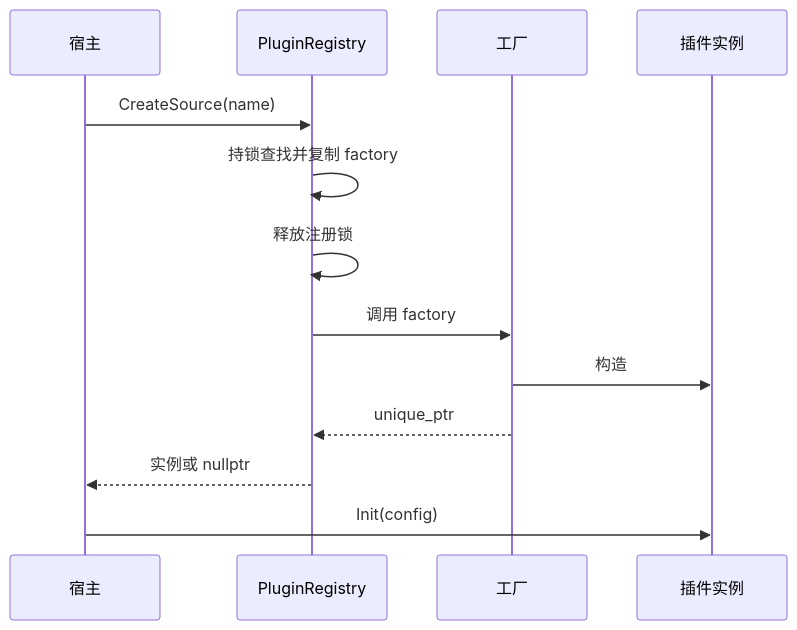
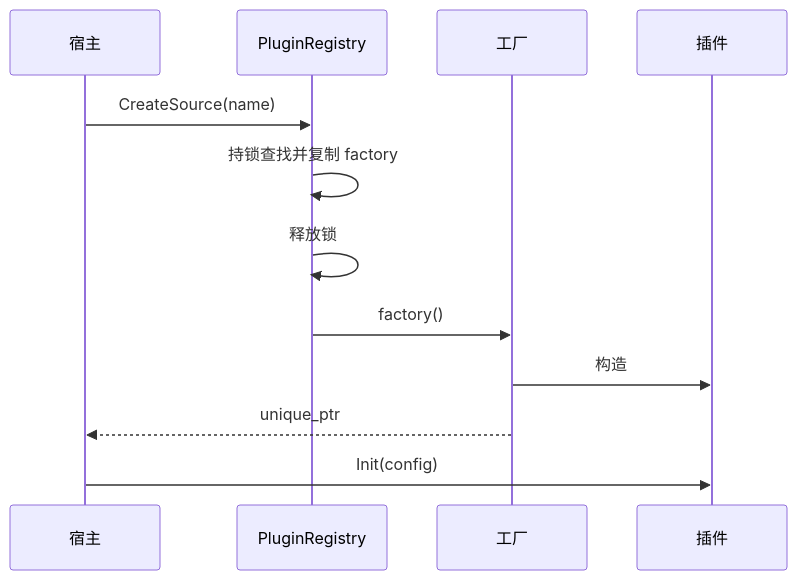
Before and after one commit to Franch-Toast/Scriptorium: the third of 5 diagrams in docs/document/撰修司/illuminator性能监控平台/设计方案/03-plugin-system.md, drawn with Mermaid. The commit also changed other lines of this file and 20 other files, not shown here.

````diff
--- a/docs/document/撰修司/illuminator性能监控平台/设计方案/03-plugin-system.md
+++ b/docs/document/撰修司/illuminator性能监控平台/设计方案/03-plugin-system.md
@@ -99,16 +133,15 @@
 ```mermaid
 %%{init: {"sequence":{"useMaxWidth":false}}}%%
 sequenceDiagram
     participant H as 宿主
     participant R as PluginRegistry
     participant F as 工厂
-    participant P as 插件实例
+    participant P as 插件
     H->>R: CreateSource(name)
     R->>R: 持锁查找并复制 factory
-    R->>R: 释放注册锁
-    R->>F: 调用 factory
+    R->>R: 释放锁
+    R->>F: factory()
     F->>P: 构造
-    F-->>R: unique_ptr
-    R-->>H: 实例或 nullptr
+    F-->>H: unique_ptr
     H->>P: Init(config)
 ```
````
